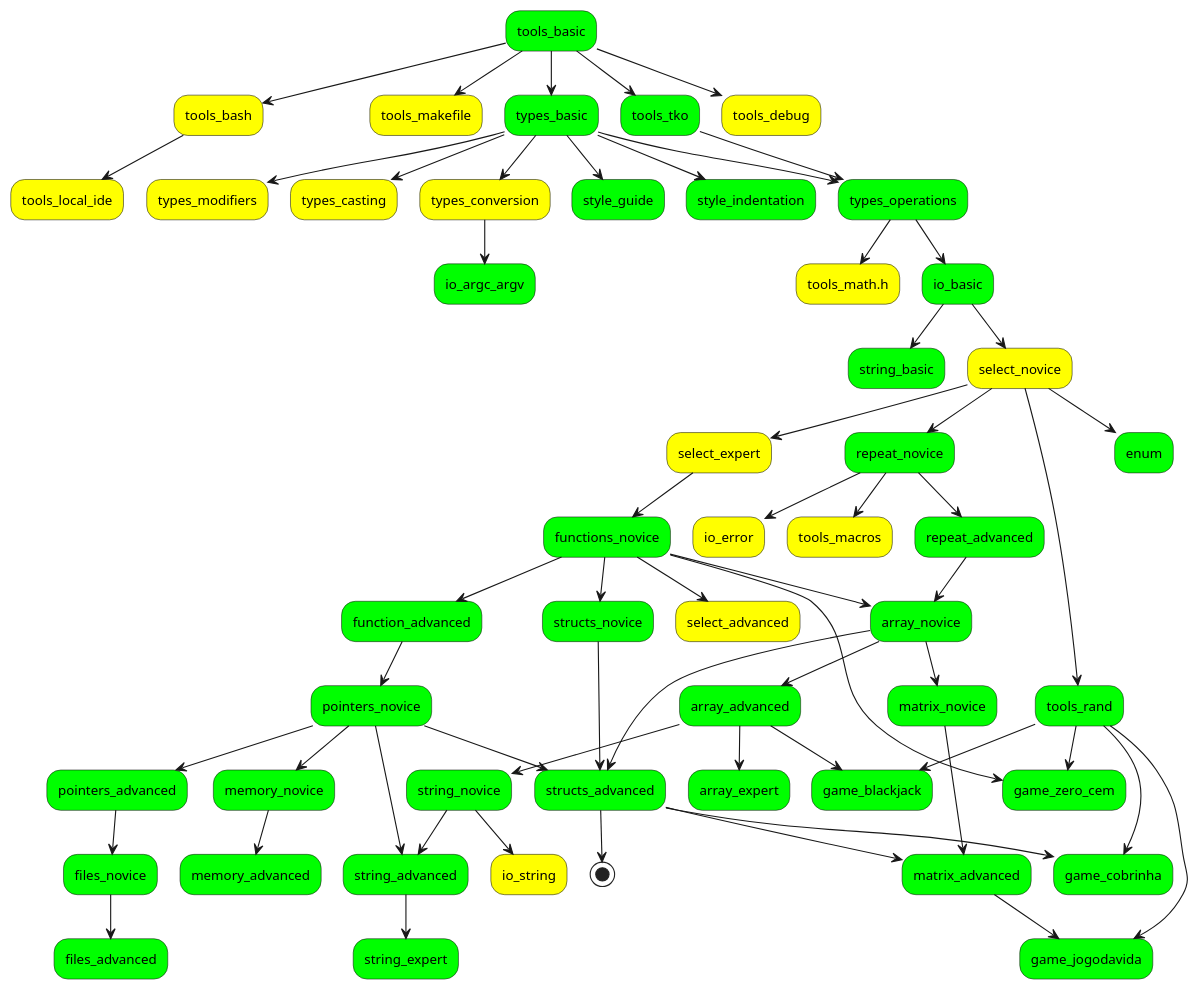
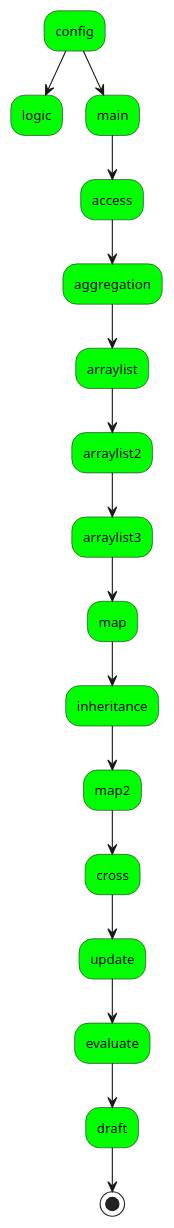
Before and after one commit to senapk/c_is_fun: the diagram in graph.puml, drawn with PlantUML. The commit also changed 5 other files, not shown here.

```diff
--- a/graph.puml
+++ b/graph.puml
@@ -1,62 +1,18 @@
 @startuml graph
 skinparam defaultFontName Hasklig
-tools_basic #lime --> tools_bash #yellow
-tools_bash #yellow --> tools_local_ide #yellow
-tools_basic #lime --> tools_makefile #yellow
-tools_basic #lime --> types_basic #lime
-io_basic #lime --> string_basic #lime
-types_basic #lime --> style_guide #lime
-types_basic #lime --> style_indentation #lime
-types_basic #lime --> types_modifiers #yellow
-types_basic #lime --> types_casting #yellow
-types_basic #lime --> types_conversion #yellow
-types_basic #lime --> types_operations #lime
-tools_tko #lime --> types_operations #lime
-types_operations #lime --> tools_math.h #yellow
-types_operations #lime --> io_basic #lime
-string_novice #lime --> io_string #yellow
-repeat_novice #lime --> io_error #yellow
-repeat_novice #lime --> tools_macros #yellow
-tools_basic #lime --> tools_tko #lime
-tools_basic #lime --> tools_debug #yellow
-io_basic #lime --> select_novice #yellow
-functions_novice #lime --> select_advanced #yellow
-select_novice #yellow --> select_expert #yellow
-select_expert #yellow --> functions_novice #lime
-functions_novice #lime --> function_advanced #lime
-select_novice #yellow --> repeat_novice #lime
-repeat_novice #lime --> repeat_advanced #lime
-select_novice #yellow --> tools_rand #lime
-tools_rand #lime --> game_zero_cem #lime
-functions_novice #lime --> game_zero_cem #lime
-types_conversion #yellow --> io_argc_argv #lime
-repeat_advanced #lime --> array_novice #lime
-functions_novice #lime --> array_novice #lime
-array_novice #lime --> array_advanced #lime
-tools_rand #lime --> game_blackjack #lime
-array_advanced #lime --> game_blackjack #lime
-array_advanced #lime --> array_expert #lime
-array_advanced #lime --> string_novice #lime
-string_novice #lime --> string_advanced #lime
-pointers_novice #lime --> string_advanced #lime
-string_advanced #lime --> string_expert #lime
-function_advanced #lime --> pointers_novice #lime
-functions_novice #lime --> structs_novice #lime
-array_novice #lime --> matrix_novice #lime
-matrix_novice #lime --> matrix_advanced #lime
-structs_advanced #lime --> matrix_advanced #lime
-tools_rand #lime --> game_jogodavida #lime
-matrix_advanced #lime --> game_jogodavida #lime
-tools_rand #lime --> game_cobrinha #lime
-structs_advanced #lime --> game_cobrinha #lime
-select_novice #yellow --> enum #lime
-pointers_novice #lime --> pointers_advanced #lime
-pointers_novice #lime --> memory_novice #lime
-memory_novice #lime --> memory_advanced #lime
-pointers_advanced #lime --> files_novice #lime
-files_novice #lime --> files_advanced #lime
-pointers_novice #lime --> structs_advanced #lime
-array_novice #lime --> structs_advanced #lime
-structs_novice #lime --> structs_advanced #lime
-structs_advanced --> (*)
+config #lime --> logic #lime
+config #lime --> main #lime
+main #lime --> access #lime
+access #lime --> aggregation #lime
+aggregation #lime --> arraylist #lime
+arraylist #lime --> arraylist2 #lime
+arraylist2 #lime --> arraylist3 #lime
+arraylist3 #lime --> map #lime
+map #lime --> inheritance #lime
+inheritance #lime --> map2 #lime
+map2 #lime --> cross #lime
+cross #lime --> update #lime
+update #lime --> evaluate #lime
+evaluate #lime --> draft #lime
+draft --> (*)
 @enduml
```
